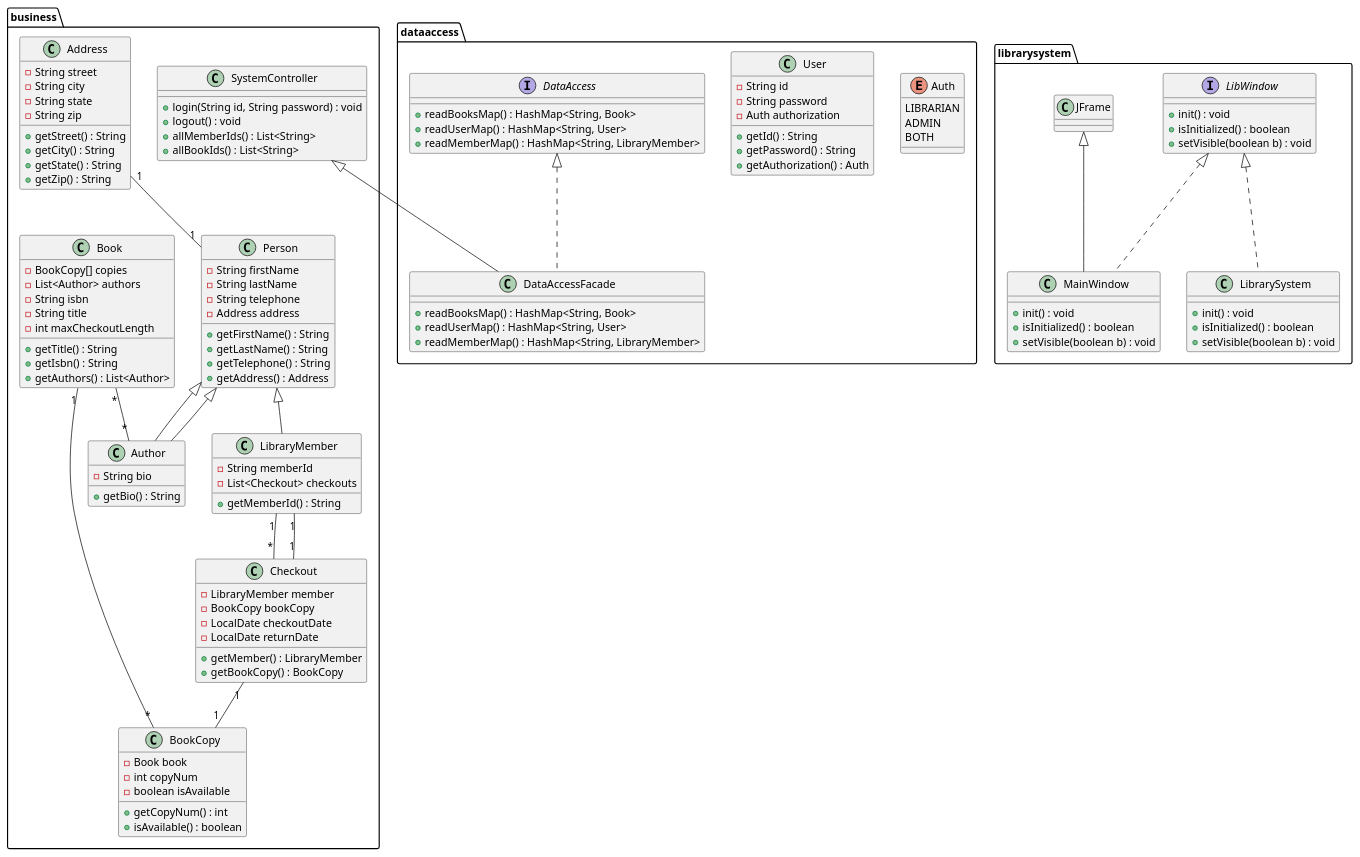
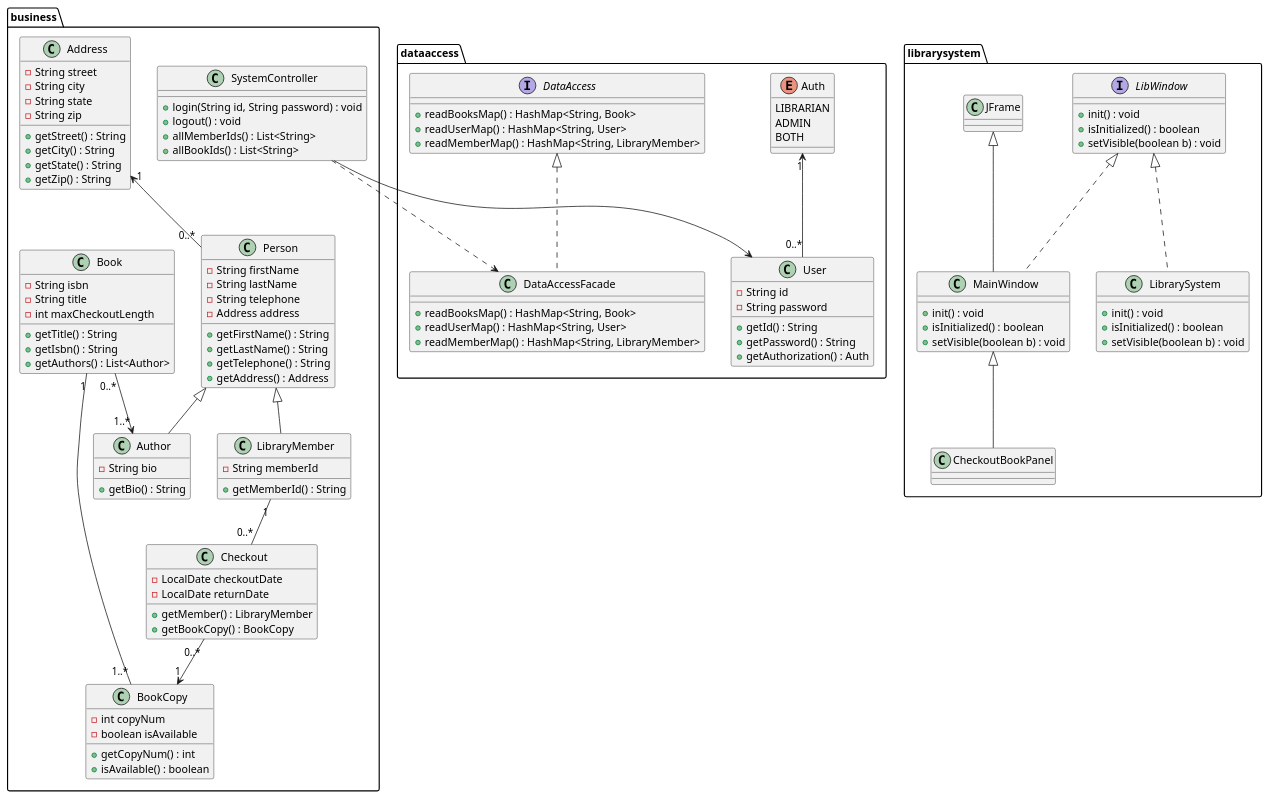
Before and after one commit to mohammed-almassri/LibraryGroupD: the diagram in src/uml/class_diagram.puml, drawn with PlantUML. The commit also changed 1 other file, not shown here.

Commit message:
class diagram fix

```diff
--- a/src/uml/class_diagram.puml
+++ b/src/uml/class_diagram.puml
@@ -1,131 +1,128 @@
 @startuml
 
 package business {
   class Address {
    - String street
    - String city
    - String state
    - String zip
    + getStreet() : String
    + getCity() : String
    + getState() : String
    + getZip() : String
   }
 
   class Person {
    - String firstName
    - String lastName
    - String telephone
    - Address address
    + getFirstName() : String
    + getLastName() : String
    + getTelephone() : String
    + getAddress() : Address
   }
 
   class Author extends Person {
    - String bio
    + getBio() : String
   }
 
   class Book {
-   - BookCopy[] copies
-   - List<Author> authors
    - String isbn
    - String title
    - int maxCheckoutLength
    + getTitle() : String
    + getIsbn() : String
    + getAuthors() : List<Author>
   }
 
   class BookCopy {
-   - Book book
    - int copyNum
    - boolean isAvailable
    + getCopyNum() : int
    + isAvailable() : boolean
   }
 
   class LibraryMember extends Person {
    - String memberId
-   - List<Checkout> checkouts
    + getMemberId() : String
   }
 
   class Checkout {
-   - LibraryMember member
-   - BookCopy bookCopy
    - LocalDate checkoutDate
    - LocalDate returnDate
    + getMember() : LibraryMember
    + getBookCopy() : BookCopy
   }
 
   class SystemController {
    + login(String id, String password) : void
    + logout() : void
    + allMemberIds() : List<String>
    + allBookIds() : List<String>
   }
 }
 
 package dataaccess {
   enum Auth {
    LIBRARIAN
    ADMIN
    BOTH
   }
 
   class User {
    - String id
    - String password
-   - Auth authorization
    + getId() : String
    + getPassword() : String
    + getAuthorization() : Auth
   }
 
   interface DataAccess {
    + readBooksMap() : HashMap<String, Book>
    + readUserMap() : HashMap<String, User>
    + readMemberMap() : HashMap<String, LibraryMember>
   }
 
   class DataAccessFacade implements DataAccess {
    + readBooksMap() : HashMap<String, Book>
    + readUserMap() : HashMap<String, User>
    + readMemberMap() : HashMap<String, LibraryMember>
   }
 }
 
 package librarysystem {
   interface LibWindow {
    + init() : void
    + isInitialized() : boolean
    + setVisible(boolean b) : void
   }
 
   class LibrarySystem implements LibWindow {
    + init() : void
    + isInitialized() : boolean
    + setVisible(boolean b) : void
   }
 
   class MainWindow extends JFrame implements LibWindow {
    + init() : void
    + isInitialized() : boolean
    + setVisible(boolean b) : void
   }
+
+  class CheckoutBookPanel extends MainWindow {
+ 
+  }
 }
 
-Address "1" -- "1" Person
-Person <|-- Author
-LibraryMember "1" -- "*" Checkout
-Book "1" -- "*" BookCopy
-Book "*" -- "*" Author
-Checkout "1" -- "1" BookCopy
-Checkout "1" -- "1" LibraryMember
-SystemController <|-- DataAccessFacade
+Auth "1" <-- "0..*" User
+SystemController  --> User
+Address "1" <-- "0..*" Person
+LibraryMember "1" -- "0..*" Checkout
+Book "1" -- "1..*" BookCopy
+Book "0..*" --> "1..*" Author
+Checkout "0..*" --> "1" BookCopy
+SystemController ..> DataAccessFacade
 
 @enduml
```
